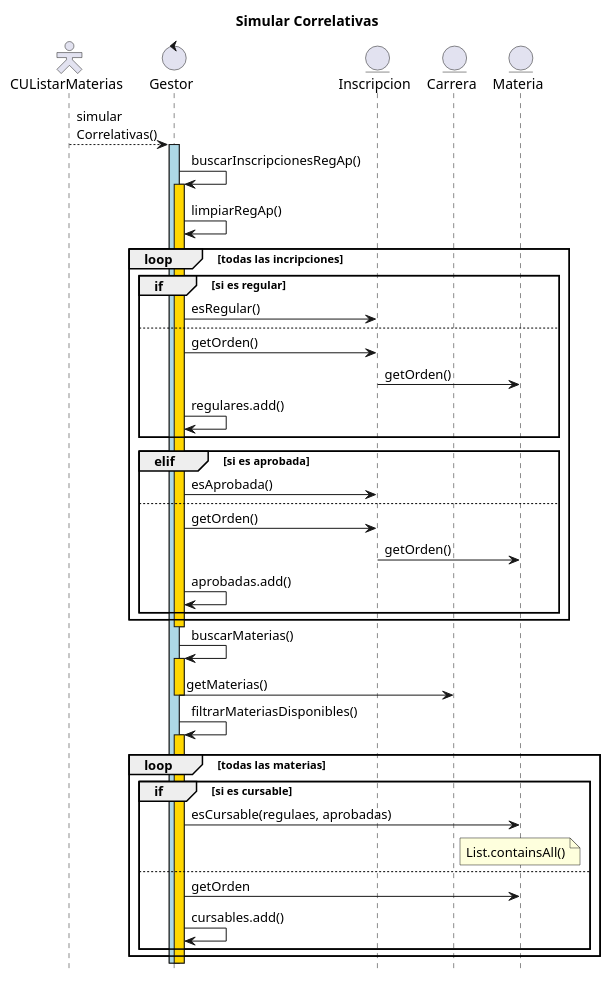
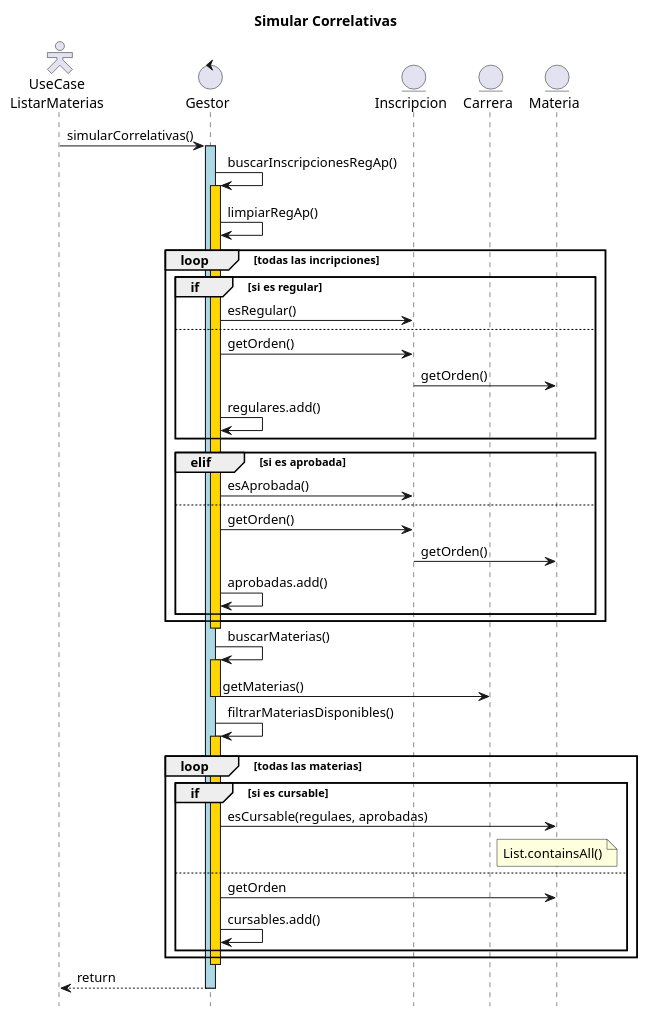
One commit to EmilianoM7/UTN_EZ changed the diagram in Doc/UTNEZ_Secuencia-SimularCorrelativas.puml. Above: the diagram before and after it, drawn with PlantUML. The commit also changed 18 other files, not shown here.

```diff
--- a/Doc/UTNEZ_Secuencia-SimularCorrelativas.puml
+++ b/Doc/UTNEZ_Secuencia-SimularCorrelativas.puml
@@ -1,62 +1,65 @@
 @startuml
 
 ' --- SKIN ---
 
 skinparam actorStyle Hollow
 hide footbox
 
 ' --- DIAGRAMA ---
 
 title "Simular Correlativas"
 
-actor CUListarMaterias as CU
+actor "UseCase\nListarMaterias" as CU
 control Gestor as G
 entity Inscripcion as I
 entity Carrera as C
 entity Materia as M
 
-CU --> G : simular\nCorrelativas()
+CU -> G : simularCorrelativas()
 activate G #lightblue
 G -> G : buscarInscripcionesRegAp()
 activate G #gold
 G -> G : limpiarRegAp()
 
 loop todas las incripciones
     group if [si es regular]
         G -> I : esRegular()
     else
         G -> I : getOrden()
         I -> M : getOrden()
         G -> G : regulares.add()
     end
     group elif [si es aprobada]
         G -> I : esAprobada()
     else
         G -> I : getOrden()
         I -> M : getOrden()
         G -> G : aprobadas.add()
     end
 end
 deactivate G
 
 G -> G : buscarMaterias()
 activate G #gold
 G -> C : getMaterias()
 deactivate G
 
 G -> G : filtrarMateriasDisponibles()
 activate G #gold
 loop todas las materias
     group if [si es cursable]
         G -> M : esCursable(regulaes, aprobadas)
         note over M : List.containsAll()
     else
         G -> M : getOrden
         G -> G : cursables.add()
     end
 end
 deactivate G
+
+G --> CU : return
+
 deactivate G
 
 
 @enduml
```
